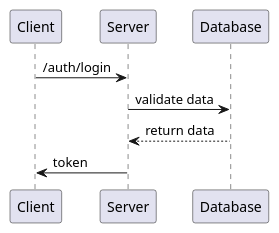
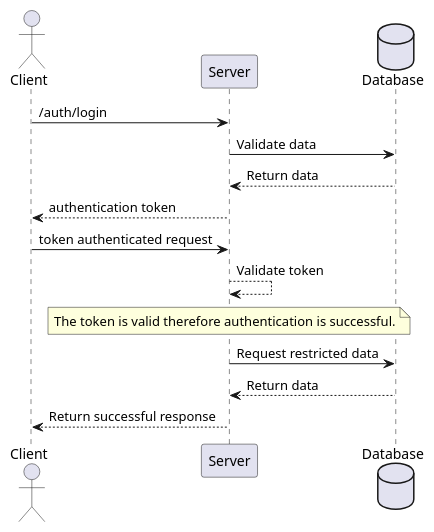
Before and after one commit to m3xy/Coding-Journal: the diagram in jwtWorkflow.plantuml, drawn with PlantUML. The commit also changed 2 other files, not shown here.

```diff
--- a/jwtWorkflow.plantuml
+++ b/jwtWorkflow.plantuml
@@ -1,6 +1,17 @@
 @startuml
+actor Client
+participant Server
+database Database
 Client -> Server: /auth/login
-Server -> Database: validate data
-Database --> Server: return data
-Server -> Client: token
+Server -> Database: Validate data
+Database --> Server: Return data
+Server --> Client: authentication token
+Client -> Server: token authenticated request
+Server --> Server: Validate token
+note over Server
+	The token is valid therefore authentication is successful.
+end note
+Server -> Database: Request restricted data
+Database --> Server: Return data
+Server --> Client: Return successful response
 @enduml
```
